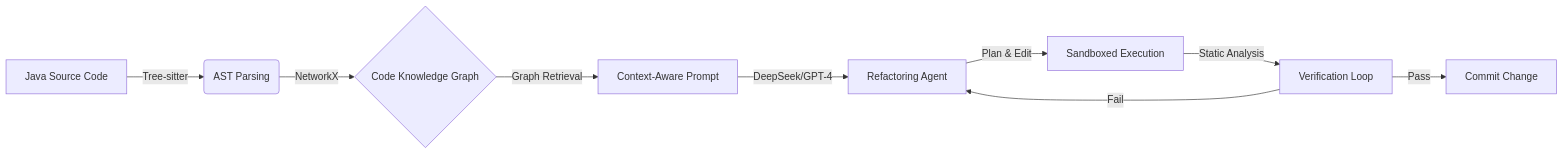
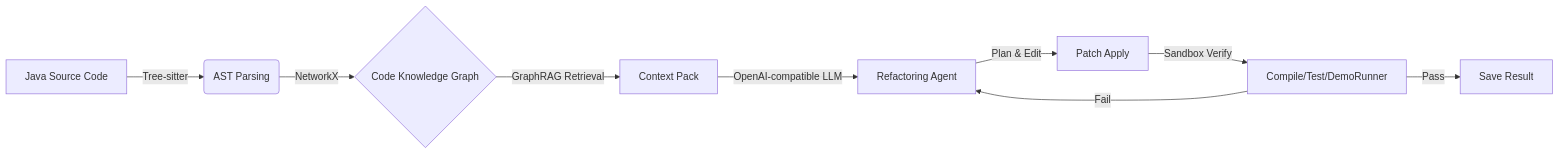
The diagram in README.md (xiaoying218/GraphRAG-Refactor-Agent), drawn with Mermaid before and after one commit. The commit also changed other lines of this file, not shown here.

````diff
--- a/README.md
+++ b/README.md
@@ -30,11 +43,11 @@
 ```mermaid
 graph LR
-    A[Java Source Code] -->|Tree-sitter| B(AST Parsing);
-    B -->|NetworkX| C{Code Knowledge Graph};
-    C -->|Graph Retrieval| D[Context-Aware Prompt];
-    D -->|DeepSeek/GPT-4| E[Refactoring Agent];
-    E -->|Plan & Edit| F[Sandboxed Execution];
-    F -->|Static Analysis| G[Verification Loop];
-    G -- Pass --> H[Commit Change];
-    G -- Fail --> E;
+    A[Java Source Code] -->|Tree-sitter| B(AST Parsing)
+    B -->|NetworkX| C{Code Knowledge Graph}
+    C -->|GraphRAG Retrieval| D[Context Pack]
+    D -->|OpenAI-compatible LLM| E[Refactoring Agent]
+    E -->|Plan & Edit| F[Patch Apply]
+    F -->|Sandbox Verify| G[Compile/Test/DemoRunner]
+    G -- Pass --> H[Save Result]
+    G -- Fail --> E
 ```
````
